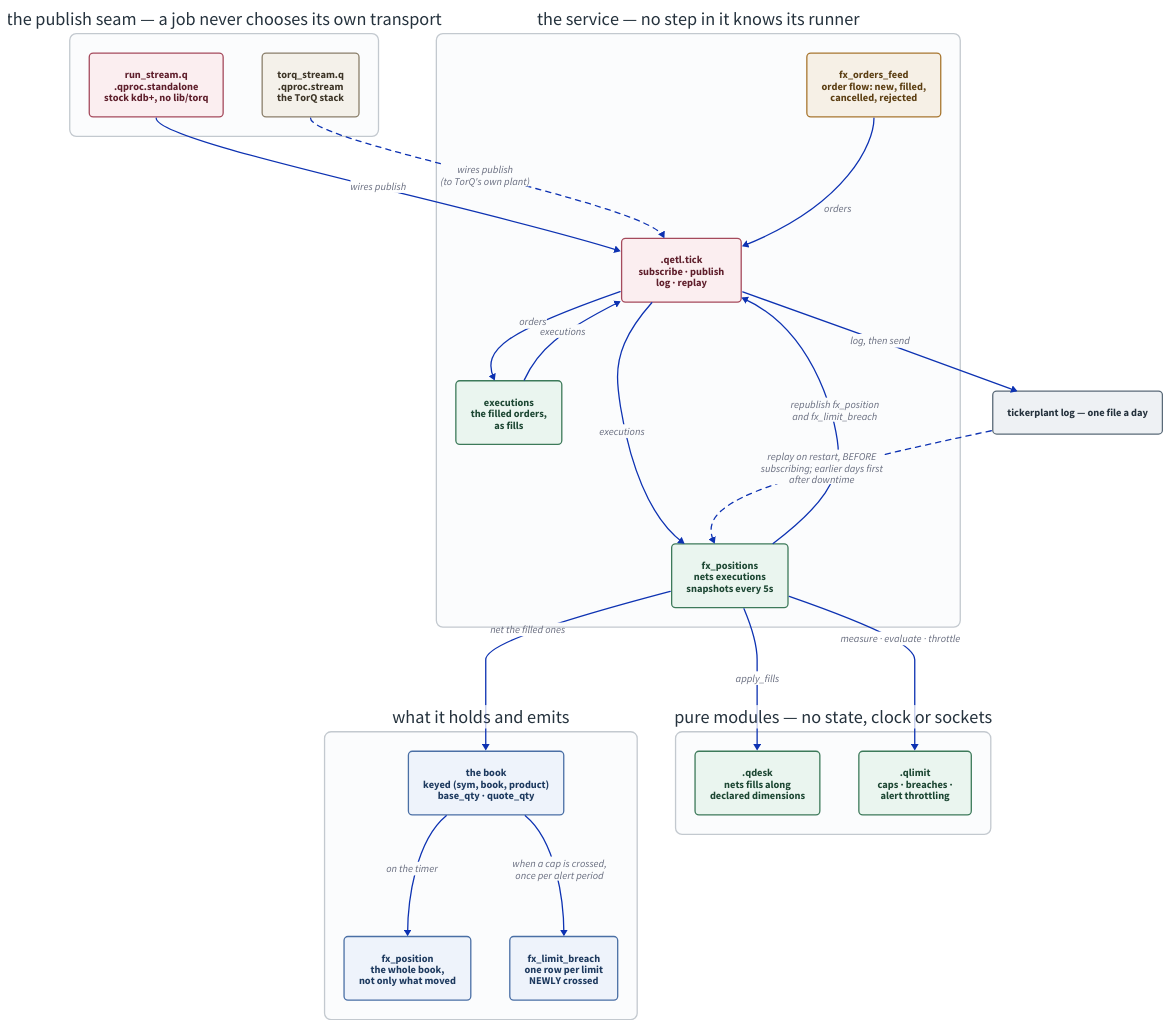
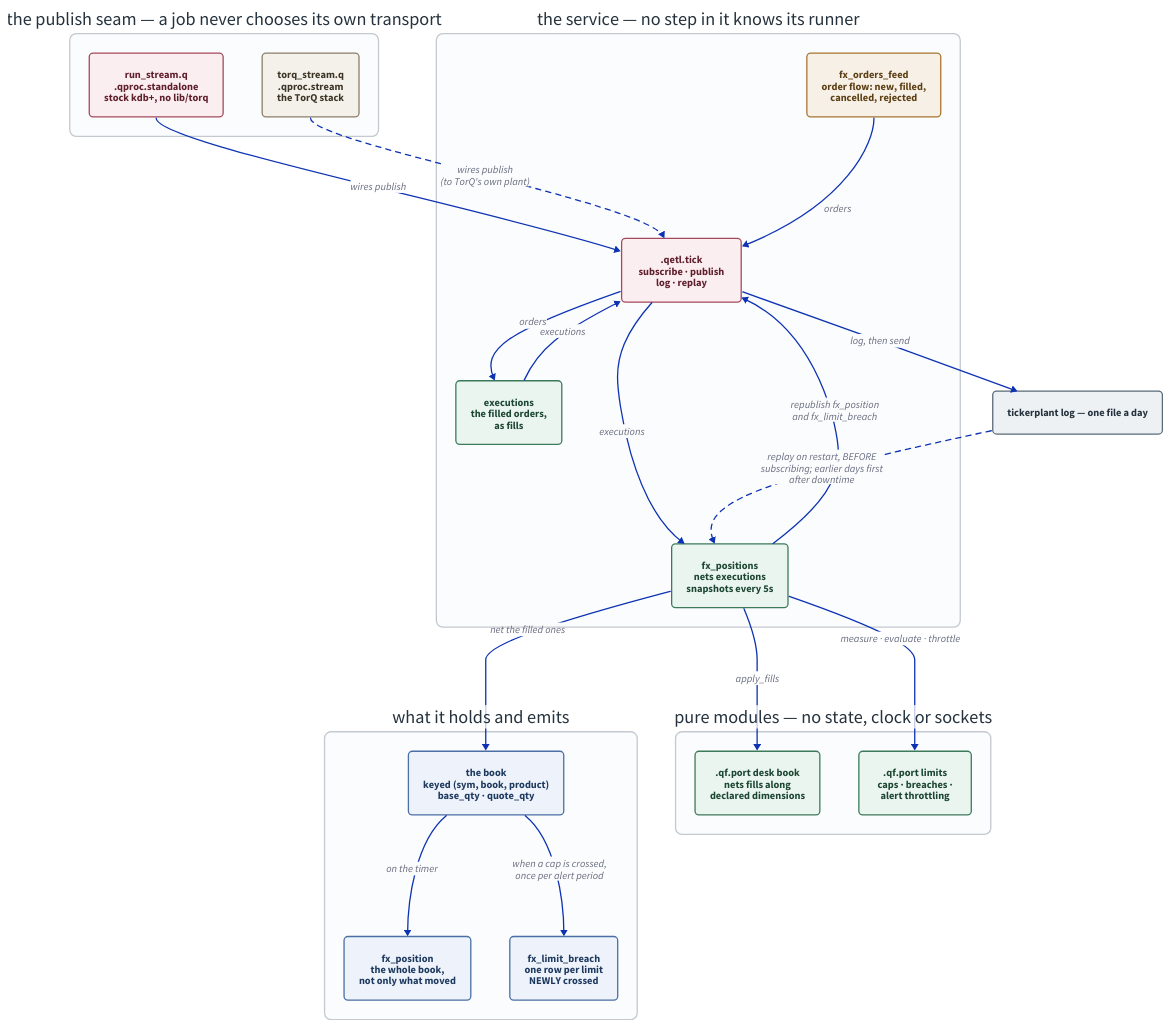
Before and after one commit to kwojdalski/uqf: the diagram in docs/diagrams/fx-positions-service.d2, drawn with D2. The commit also changed 199 other files, not shown here.

```diff
--- a/docs/diagrams/fx-positions-service.d2
+++ b/docs/diagrams/fx-positions-service.d2
@@ -1,152 +1,152 @@
 # fx-positions-service.d2 - the FX positions service on stock kdb+.
 #
 # Rendered by scripts/generate/render_diagrams.py, which CI runs with
 # --check. Embedded from docs/services/fx-positions.md.
 #
 # WHAT THIS DIAGRAM IS FOR. The thing worth seeing is the SEAM, not the
 # boxes: every job in this tree calls `publish` in its own namespace, and
 # something else decides what that means. Until run_stream.q the only
 # thing that ever decided was TorQ, so "the jobs are TorQ-free" was a
 # claim about the source tree rather than about running one. The two
 # runners are drawn side by side against the same seam because that is
 # the whole argument - the job files below the seam are identical on both
 # paths, and nothing in them knows which runner started them.
 #
 # The dashed edge back from the log to the service is deliberately not
 # the same kind of arrow as the live ones: it is traversed once, at
 # startup, BEFORE the subscription exists. Drawing it as just another
 # input would hide the ordering the recovery depends on.
 
 #
 # NO grid-columns ON THE BANDS. dagre lays a grid container out as one
 # opaque block, so edges into its cells do not rank anything: the first
 # version gridded every band, came out as a 3427x256 strip with all five
 # bands in one row, and drew every edge along the same horizontal line
 # through the boxes between. The republish edge starts at the service,
 # which is who calls publish (fx_positions.q on_timer), rather than at the
 # two tables - from there it was a back-edge cut through the state band.
 
 direction: down
 
 vars: {
   d2-config: {
     pad: 40
   }
 }
 
 # Same palette as repo-overview.d2 and stack-topology.d2, so the set reads
 # as one system: light fills with dark text in both themes rather than a
 # --dark-theme pairing, which d2 still applies explicit styles over
 # (d2lang/d2#831).
 classes: {
   feed: {
     style: {
       fill: "#f6f0e6"
       stroke: "#a8762f"
       font-color: "#5c3f13"
       border-radius: 6
     }
   }
   job: {
     style: {
       fill: "#eaf5ef"
       stroke: "#3d7a5a"
       font-color: "#1d4733"
       border-radius: 6
     }
   }
   plant: {
     style: {
       fill: "#fbeef0"
       stroke: "#a54a5c"
       font-color: "#5f1f2c"
       border-radius: 6
     }
   }
   table: {
     style: {
       fill: "#eef3fb"
       stroke: "#4a6fa5"
       font-color: "#1e3a5f"
       border-radius: 6
     }
   }
   store: {
     style: {
       fill: "#eef1f4"
       stroke: "#5a6a78"
       font-color: "#25323d"
       border-radius: 6
     }
   }
   lib: {
     style: {
       fill: "#f4f1ea"
       stroke: "#8a7f6a"
       font-color: "#3d3527"
       border-radius: 6
     }
   }
   band: {
     style: {
       fill: "#fbfcfd"
       stroke: "#c3c9cf"
       font-color: "#25323d"
       stroke-width: 2
       border-radius: 10
     }
   }
 }
 
 runners: "the publish seam — a job never chooses its own transport" {
   class: band
 
   standalone: "run_stream.q\n.qproc.standalone\nstock kdb+, no lib/torq" { class: plant }
   torq: "torq_stream.q\n.qproc.stream\nthe TorQ stack" { class: lib }
 }
 
 pipeline: "the service — no step in it knows its runner" {
   class: band
 
   feed: "fx_orders_feed\norder flow: new, filled,\ncancelled, rejected" { class: feed }
   plant: ".qetl.tick\nsubscribe · publish\nlog · replay" { class: plant }
   norm: "executions\nthe filled orders,\nas fills" { class: job }
   service: "fx_positions\nnets executions\nsnapshots every 5s" { class: job }
 }
 
 state: "what it holds and emits" {
   class: band
 
   book: "the book\nkeyed (sym, book, product)\nbase_qty · quote_qty" { class: table }
   snapshot: "fx_position\nthe whole book,\nnot only what moved" { class: table }
   breach: "fx_limit_breach\none row per limit\nNEWLY crossed" { class: table }
 }
 
 log: "tickerplant log — one file a day" { class: store }
 
 modules: "pure modules — no state, clock or sockets" {
   class: band
 
-  desk: ".qdesk\nnets fills along\ndeclared dimensions" { class: job }
-  limit: ".qlimit\ncaps · breaches ·\nalert throttling" { class: job }
+  desk: ".qf.port desk book\nnets fills along\ndeclared dimensions" { class: job }
+  limit: ".qf.port limits\ncaps · breaches ·\nalert throttling" { class: job }
 }
 
 runners.standalone -> pipeline.plant: "wires publish"
 runners.torq -> pipeline.plant: "wires publish\n(to TorQ's own plant)" { style.stroke-dash: 4 }
 
 pipeline.feed -> pipeline.plant: "orders"
 pipeline.plant -> pipeline.norm: "orders"
 pipeline.norm -> pipeline.plant: "executions"
 pipeline.plant -> pipeline.service: "executions"
 pipeline.plant -> log: "log, then send"
 
 log -> pipeline.service: "replay on restart, BEFORE\nsubscribing; earlier days first\nafter downtime" { style.stroke-dash: 4 }
 
 pipeline.service -> state.book: "net the filled ones"
 state.book -> state.snapshot: "on the timer"
 state.book -> state.breach: "when a cap is crossed,\nonce per alert period"
 
 pipeline.service -> pipeline.plant: "republish fx_position\nand fx_limit_breach"
 
 pipeline.service -> modules.desk: "apply_fills"
 pipeline.service -> modules.limit: "measure · evaluate · throttle"
```
